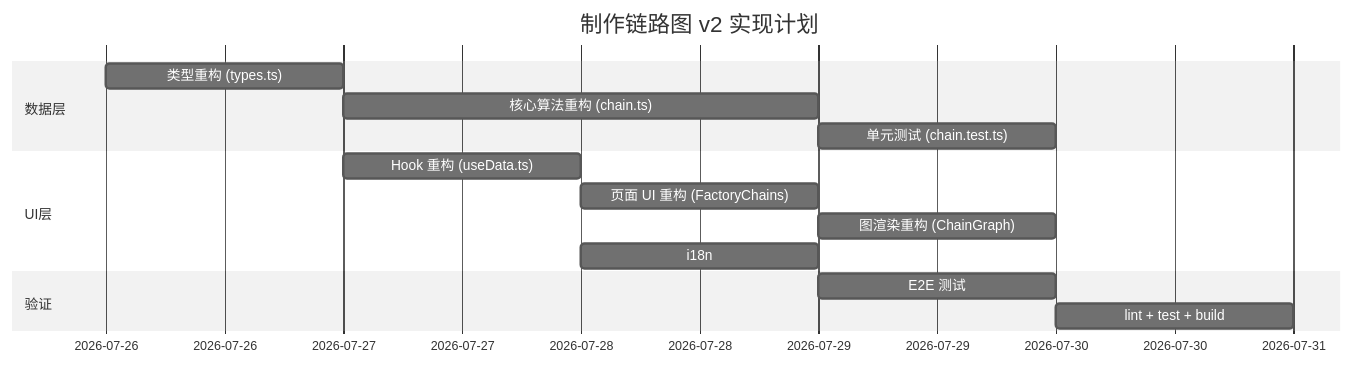
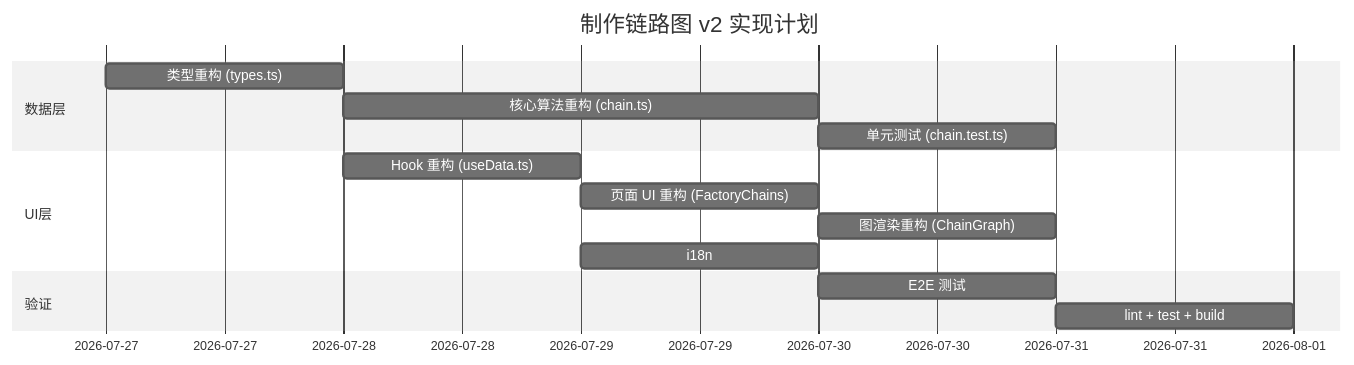
The diagram in docs/engineering/plans/20260726-factory-chain-v2-plan.md (Deliay/hongshan-archives-bureau), drawn with Mermaid (neutral theme) before and after one commit. The commit also changed other lines of this file and 3 other files, not shown here.

````diff
--- a/docs/engineering/plans/20260726-factory-chain-v2-plan.md
+++ b/docs/engineering/plans/20260726-factory-chain-v2-plan.md
@@ -245,17 +278,17 @@
 ```mermaid
 gantt
     title 制作链路图 v2 实现计划
     dateFormat YYYY-MM-DD
     section 数据层
-    类型重构 (types.ts)           :a1, 2026-07-26, 1d
+    类型重构 (types.ts)           :a1, 2026-07-27, 1d
     核心算法重构 (chain.ts)        :a2, after a1, 2d
     单元测试 (chain.test.ts)       :a3, after a2, 1d
     section UI层
     Hook 重构 (useData.ts)         :b1, after a1, 1d
     页面 UI 重构 (FactoryChains)    :b2, after b1, 1d
     图渲染重构 (ChainGraph)         :b3, after a2, 1d
     i18n                           :b4, after b1, 0.5d
     section 验证
     E2E 测试                       :c1, after b2, 1d
     lint + test + build            :c2, after c1, 0.5d
 ```
````
